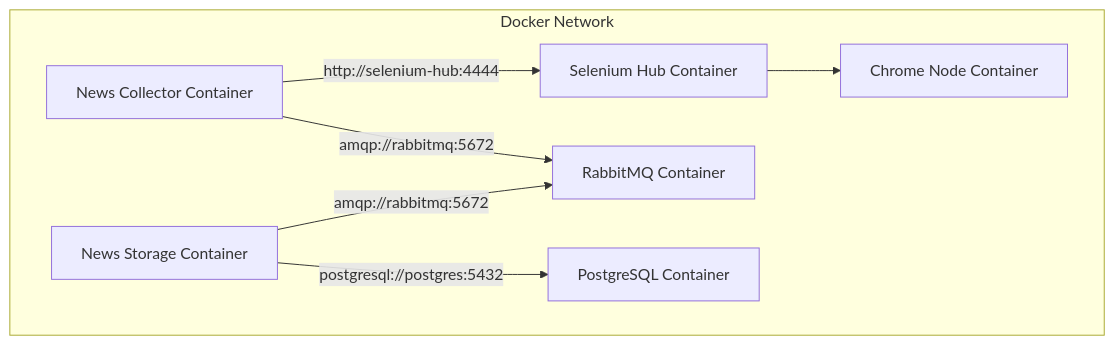
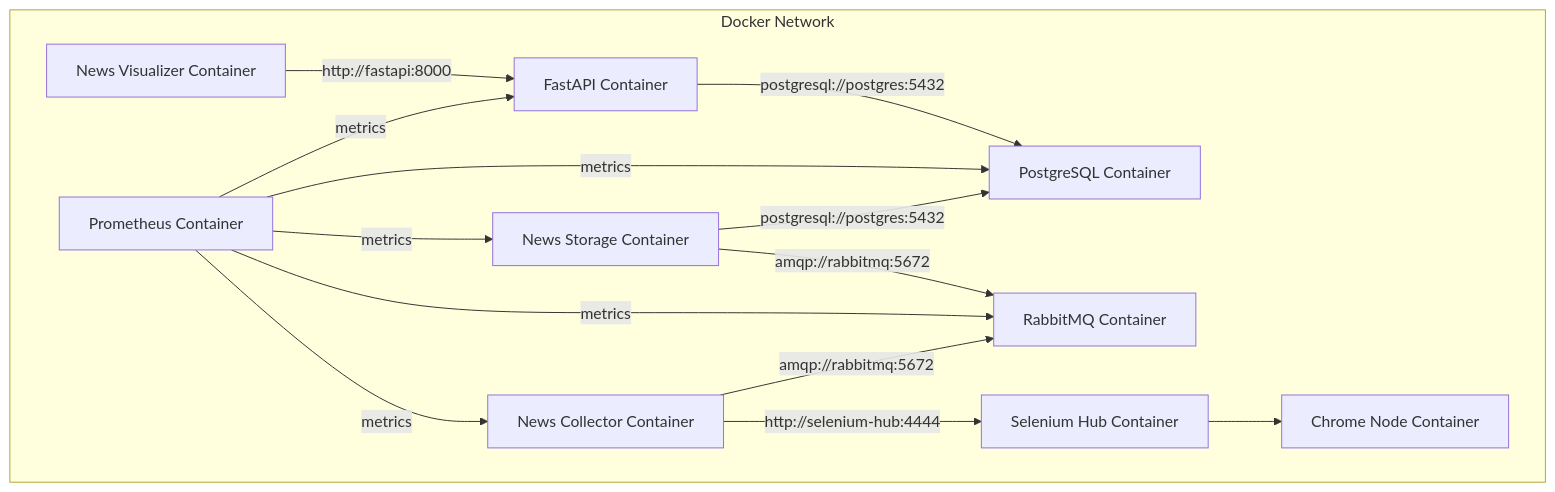
The second of 2 diagrams in README.md (adalgu/RiskWatch), drawn with Mermaid before and after one commit. The commit also changed other lines of this file and 147 other files, not shown here.

Commit message:
SQLModel, FastAPI, RabbitMQ

````diff
--- a/README.md
+++ b/README.md
@@ -49,16 +59,22 @@
 ```mermaid
 graph TB
     subgraph Docker Network
         A[News Collector Container]
         B[RabbitMQ Container]
         C[News Storage Container]
         D[PostgreSQL Container]
         E[Selenium Hub Container]
         F[Chrome Node Container]
+        G[FastAPI Container]
+        H[News Visualizer Container]
+        I[Prometheus Container]
     end
     A -->|http://selenium-hub:4444| E
     E --> F
     A -->|amqp://rabbitmq:5672| B
     C -->|amqp://rabbitmq:5672| B
     C -->|postgresql://postgres:5432| D
+    G -->|postgresql://postgres:5432| D
+    H -->|http://fastapi:8000| G
+    I -->|metrics| A & B & C & D & G
 ```
````
